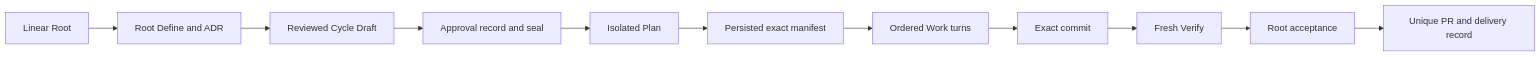
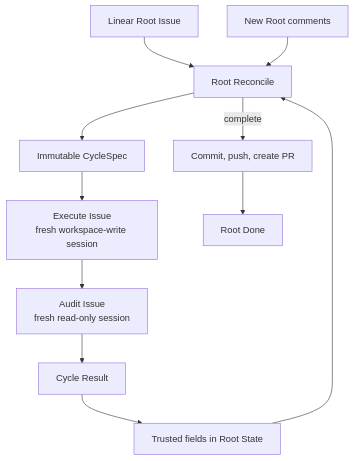
Before and after one commit to hallucination-studio/symphony: the diagram in docs/architecture/README.md, drawn with Mermaid. The commit also changed other lines of this file and 54 other files, not shown here.

Commit message:
chore: checkpoint serial-cycle architecture baseline

````diff
--- a/docs/architecture/README.md
+++ b/docs/architecture/README.md
@@ -13,16 +12,14 @@
 ```mermaid
-%% source-rules: WF-AUTH-001 WF-AUTH-002 WF-AUTH-004 WF-AUTH-005
-%% source-rules: WF-TOPO-001 WF-TOPO-002 WF-TOPO-003 WF-TOPO-004
-%% source-rules: WF-PERSIST-002 WF-PERSIST-003 WF-PERSIST-004 WF-PERSIST-005 WF-PERSIST-006
-flowchart LR
-  Root[Linear Root] --> Define[Root Define and ADR]
-  Define --> Cycle[Reviewed Cycle Draft]
-  Cycle --> Seal[Approval record and seal]
-  Seal --> Plan[Isolated Plan]
-  Plan --> Manifest[Persisted exact manifest]
-  Manifest --> Work[Ordered Work turns]
-  Work --> Commit[Exact commit]
-  Commit --> Verify[Fresh Verify]
-  Verify --> Accept[Root acceptance]
-  Accept --> Delivery[Unique PR and delivery record]
+%% source-rules: WF-TOPO-001 WF-TOPO-002 WF-TOPO-003 WF-ROUTE-006 WF-INBOX-004
+flowchart TD
+  Root[Linear Root Issue] --> Reconcile[Root Reconcile]
+  Reconcile --> Cycle[Immutable CycleSpec]
+  Cycle --> Execute[Execute Issue<br/>fresh workspace-write session]
+  Execute --> Audit[Audit Issue<br/>fresh read-only session]
+  Audit --> Result[Cycle Result]
+  Result --> State[Trusted fields in Root State]
+  State --> Reconcile
+  Inbox[New Root comments] --> Reconcile
+  Reconcile -->|complete| PR[Commit, push, create PR]
+  PR --> Done[Root Done]
 ```
````
